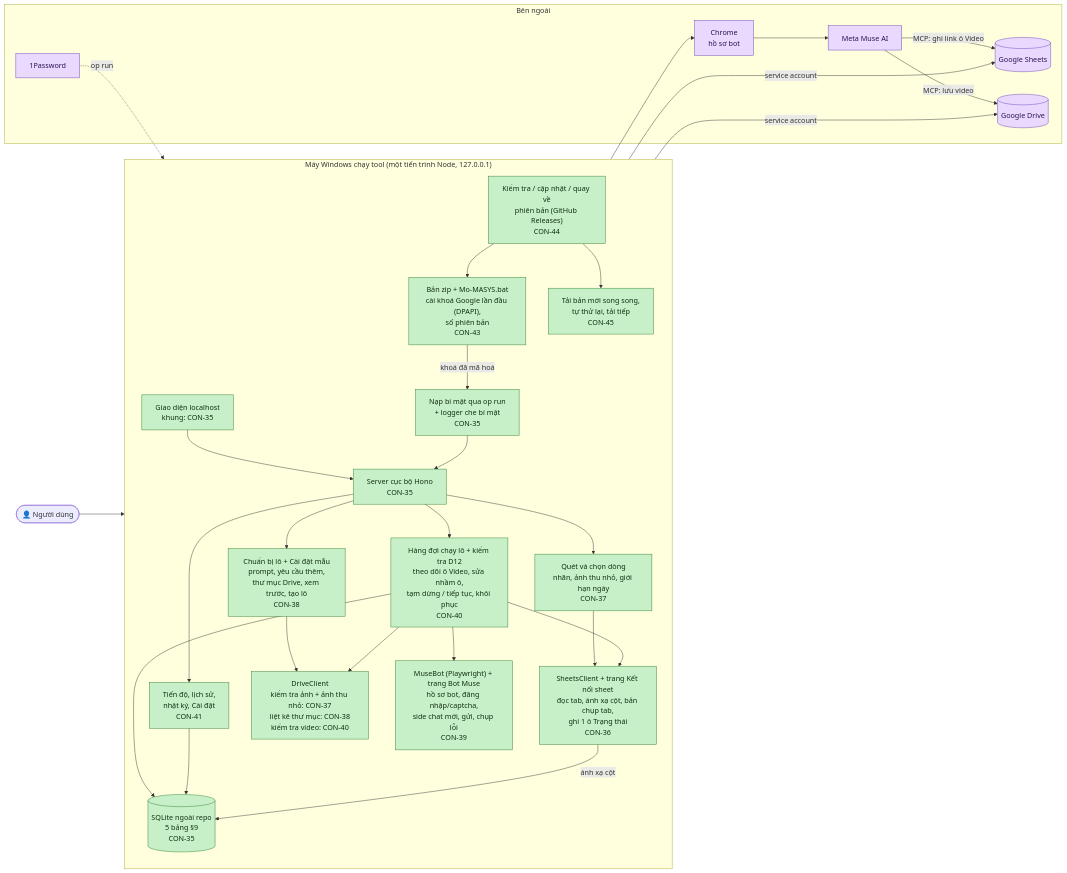
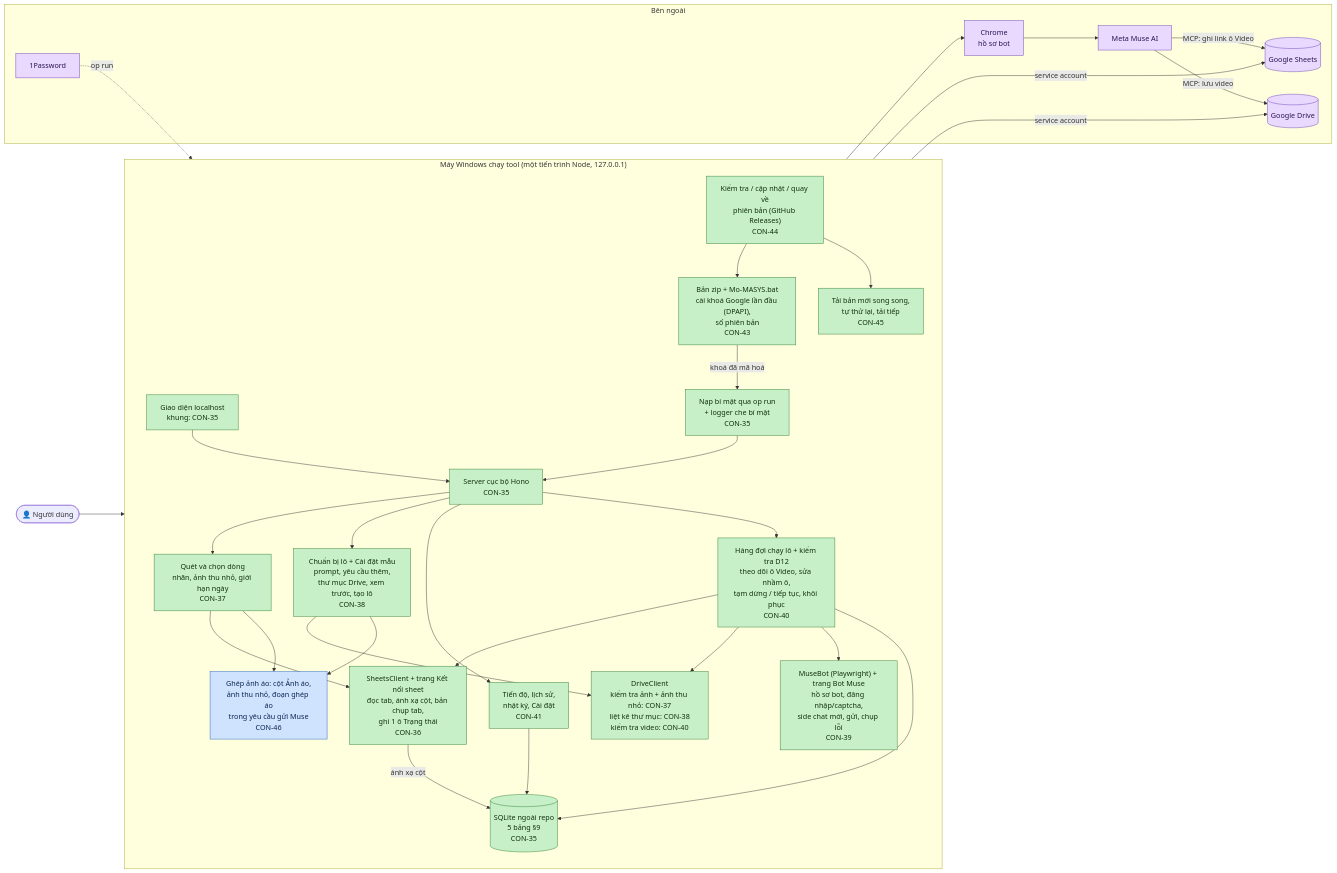
One commit to Bach1711/MASYS-VIDEO-GENERATOR changed the diagram in TIEN-DO.md. Above: the diagram before and after it, drawn with Mermaid. The commit also changed other lines of this file and 25 other files, not shown here.

First line of the commit message:
CON-46: v1.1.0 — ghép ảnh áo vào ảnh người mẫu rồi tạo video (spec v4.4)

````diff
--- a/TIEN-DO.md
+++ b/TIEN-DO.md
@@ -17,66 +17,70 @@
 ```mermaid
 flowchart LR
     user(["👤 Người dùng"])
 
     subgraph PC["Máy Windows chạy tool (một tiến trình Node, 127.0.0.1)"]
         direction TB
         ui["Giao diện localhost<br/>khung: CON-35"]
         server["Server cục bộ Hono<br/>CON-35"]
         secrets["Nạp bí mật qua op run<br/>+ logger che bí mật<br/>CON-35"]
         db[("SQLite ngoài repo<br/>5 bảng §9<br/>CON-35")]
 
         sheet["SheetsClient + trang Kết nối sheet<br/>đọc tab, ánh xạ cột, bản chụp tab,<br/>ghi 1 ô Trạng thái<br/>CON-36"]
         scan["Quét và chọn dòng<br/>nhãn, ảnh thu nhỏ, giới hạn ngày<br/>CON-37"]
         editor["Chuẩn bị lô + Cài đặt mẫu<br/>prompt, yêu cầu thêm,<br/>thư mục Drive, xem trước, tạo lô<br/>CON-38"]
         bot["MuseBot (Playwright) + trang Bot Muse<br/>hồ sơ bot, đăng nhập/captcha,<br/>side chat mới, gửi, chụp lỗi<br/>CON-39"]
         queue["Hàng đợi chạy lô + kiểm tra D12<br/>theo dõi ô Video, sửa nhầm ô,<br/>tạm dừng / tiếp tục, khôi phục<br/>CON-40"]
         drive["DriveClient<br/>kiểm tra ảnh + ảnh thu nhỏ: CON-37<br/>liệt kê thư mục: CON-38<br/>kiểm tra video: CON-40"]
         progress["Tiến độ, lịch sử,<br/>nhật ký, Cài đặt<br/>CON-41"]
         pack["Bản zip + Mo-MASYS.bat<br/>cài khoá Google lần đầu (DPAPI),<br/>số phiên bản<br/>CON-43"]
         update["Kiểm tra / cập nhật / quay về<br/>phiên bản (GitHub Releases)<br/>CON-44"]
         download["Tải bản mới song song,<br/>tự thử lại, tải tiếp<br/>CON-45"]
+        shirt["Ghép ảnh áo: cột Ảnh áo,<br/>ảnh thu nhỏ, đoạn ghép áo<br/>trong yêu cầu gửi Muse<br/>CON-46"]
     end
 
     subgraph EXT["Bên ngoài"]
         gsheets[("Google Sheets")]
         gdrive[("Google Drive")]
         chrome["Chrome<br/>hồ sơ bot"]
         muse["Meta Muse AI"]
         op["1Password"]
     end
 
     user --> ui --> server
     server --> scan & editor & progress
     scan --> sheet
     editor --> drive
     server --> queue
     queue --> sheet & drive & bot
     queue --> db
     progress --> db
     sheet -- "ánh xạ cột" --> db
     sheet -- "service account" --> gsheets
     drive -- "service account" --> gdrive
     bot --> chrome --> muse
     muse -- "MCP: lưu video" --> gdrive
     muse -- "MCP: ghi link ô Video" --> gsheets
     op -. "op run" .-> secrets --> server
     pack -- "khoá đã mã hoá" --> secrets
     update --> pack
     update --> download
+    scan --> shirt
+    editor --> shirt
 
     classDef done fill:#c8f0c8,stroke:#2e7d32,color:#10300f
     classDef review fill:#cfe3ff,stroke:#1f5fbf,color:#0c2550
     classDef doing fill:#fff1b8,stroke:#b38600,color:#3d2e00
     classDef todo fill:#eeeeee,stroke:#9e9e9e,color:#333333
     classDef ext fill:#ead9ff,stroke:#6a3fb5,color:#2a1250
 
     class ui,server,secrets,db,sheet,scan,editor done
     class drive done
     class bot done
     class queue done
     class progress done
     class pack done
     class update done
     class download done
+    class shirt review
     class gsheets,gdrive,chrome,muse,op ext
 ```
````
